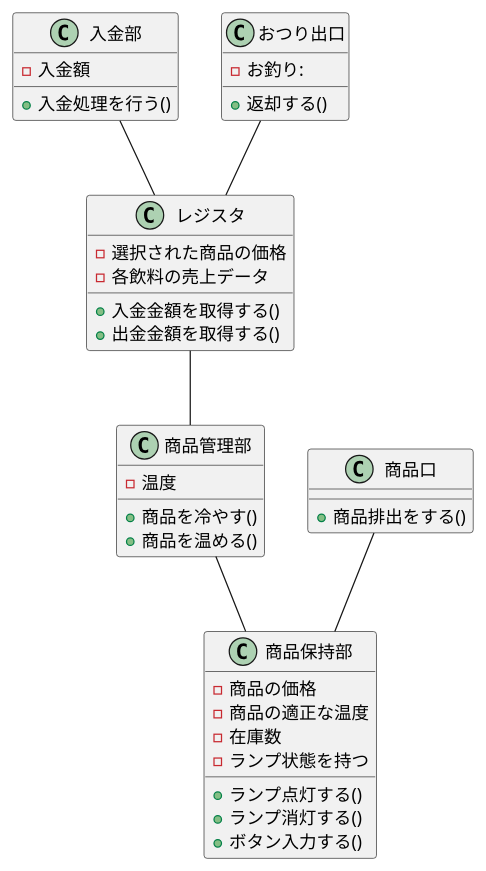
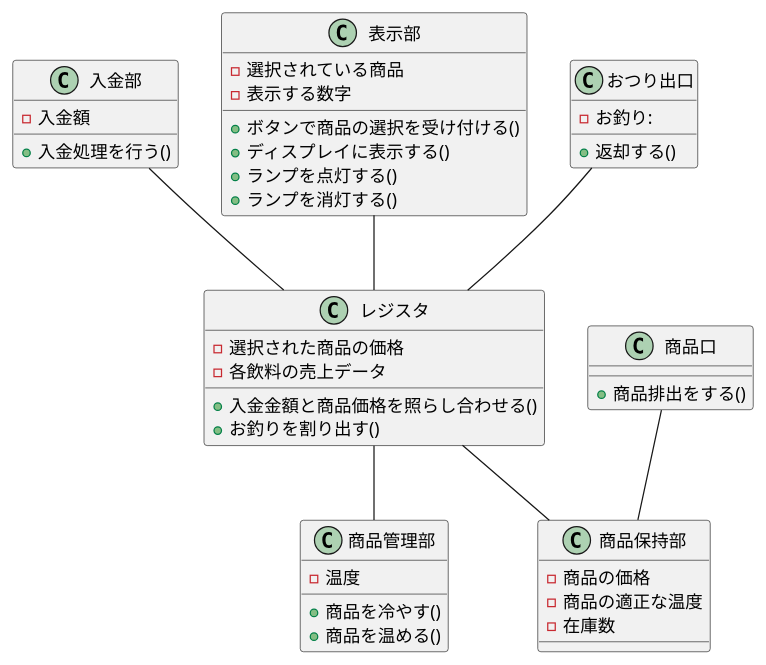
Before and after one commit to SLP-ETR-public/plantUML-recture: the diagram in kattsun17/Q03/class.pu, drawn with PlantUML. The commit also changed 2 other files, not shown here.

```diff
--- a/kattsun17/Q03/class.pu
+++ b/kattsun17/Q03/class.pu
@@ -1,47 +1,52 @@
 @startuml
 
 
 class 入金部 {
     - 入金額
     + 入金処理を行う()
 }
 
+class 表示部 {
+    - 選択されている商品
+    - 表示する数字
+    + ボタンで商品の選択を受け付ける()
+    + ディスプレイに表示する()
+    + ランプを点灯する()
+    + ランプを消灯する()
+}
+
 class レジスタ {
     - 選択された商品の価格
     - 各飲料の売上データ
-    + 入金金額を取得する()
-    + 出金金額を取得する()
+    + 入金金額と商品価格を照らし合わせる()
+    + お釣りを割り出す()
 }
 
 class おつり出口 {
     - お釣り:
     + 返却する()
 }
 
 class 商品管理部 {
     - 温度
     + 商品を冷やす()
     + 商品を温める()
 }
 
 class 商品保持部 {
     - 商品の価格
     - 商品の適正な温度
     - 在庫数
-    - ランプ状態を持つ
-    + ランプ点灯する()
-    + ランプ消灯する()
-    + ボタン入力する()
 }
 
 class 商品口 {
     + 商品排出をする()
 } 
 
-商品管理部 -- 商品保持部
+レジスタ -- 商品保持部
 商品口 -- 商品保持部
 おつり出口 -- レジスタ
 入金部 -- レジスタ
 レジスタ -- 商品管理部
-
+表示部 -- レジスタ
 @enduml
```
